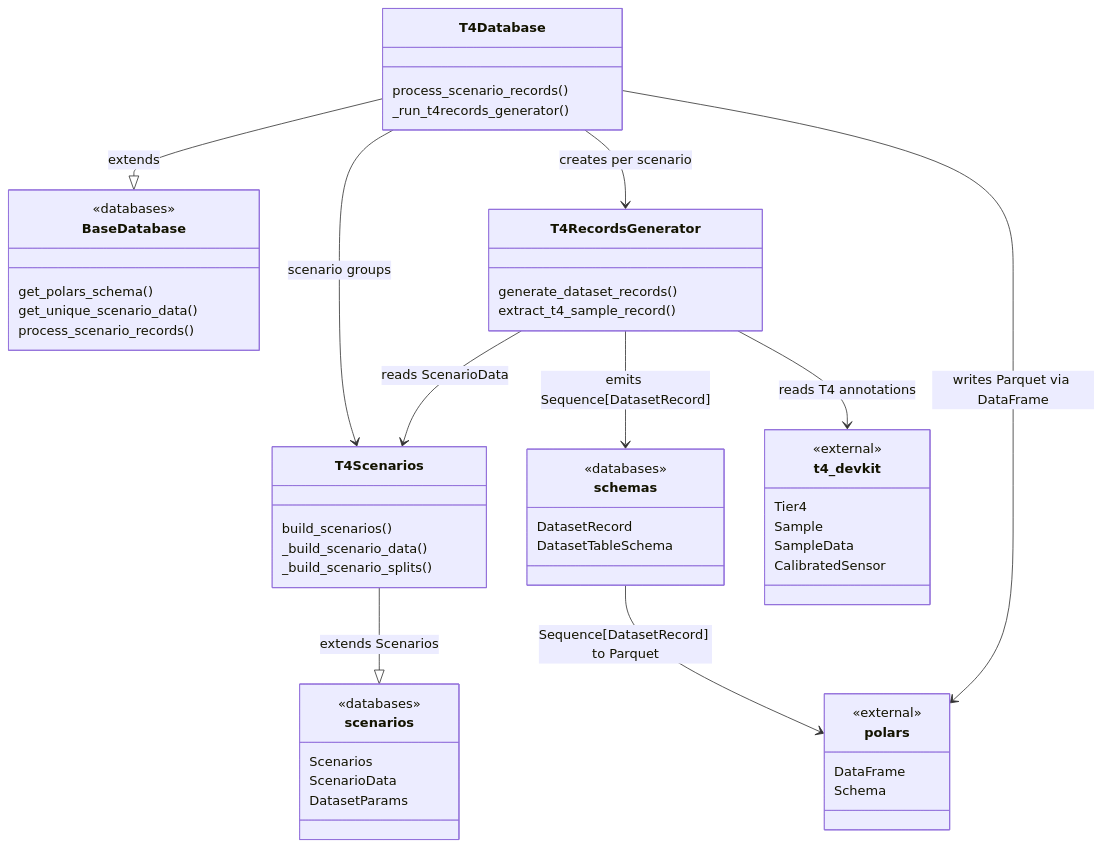
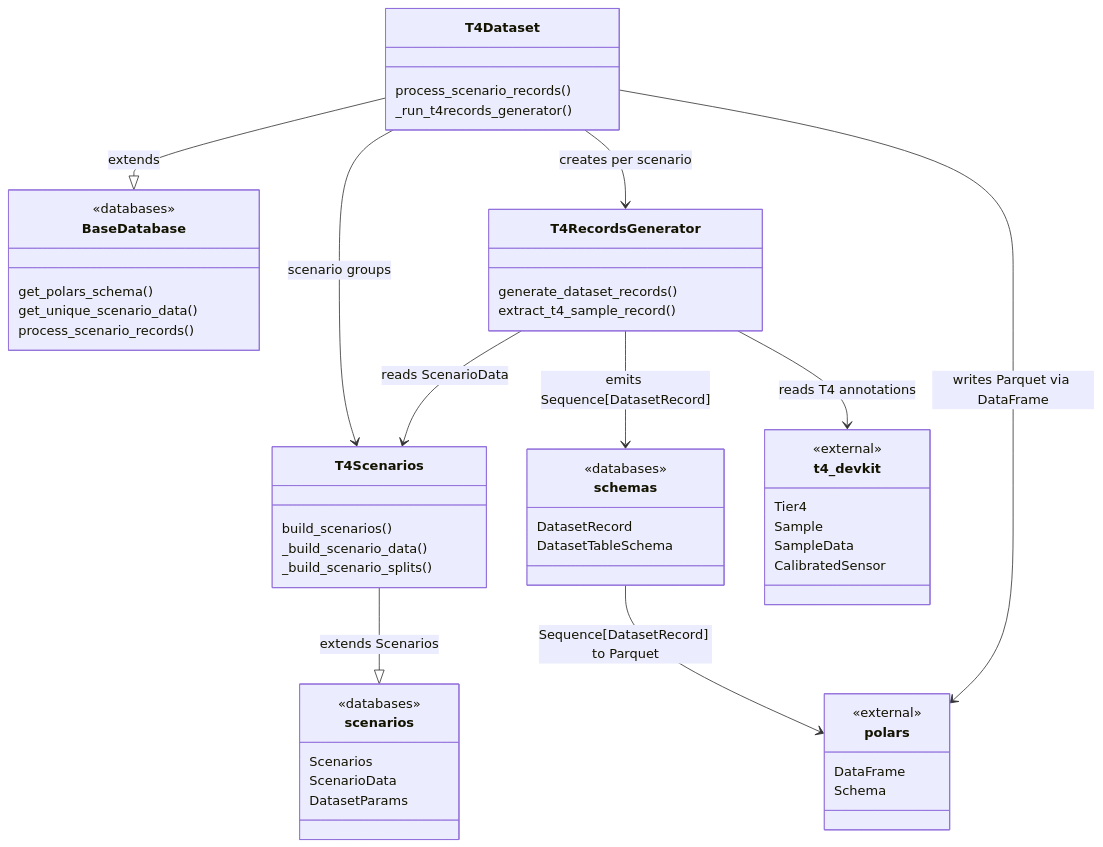
Before and after one commit to tier4/autoware-ml: the diagram in autoware_ml/databases/t4dataset/README.md, drawn with Mermaid. The commit also changed other lines of this file and 5 other files, not shown here.

Commit message:
Rename T4Database to T4Dataset

````diff
--- a/autoware_ml/databases/t4dataset/README.md
+++ b/autoware_ml/databases/t4dataset/README.md
@@ -13,67 +13,67 @@
 ```mermaid
 classDiagram
     direction TB
 
     class polars {
         <<external>>
         DataFrame
         Schema
     }
 
     class t4_devkit {
         <<external>>
         Tier4
         Sample
         SampleData
         CalibratedSensor
     }
 
     class scenarios {
         <<databases>>
         Scenarios
         ScenarioData
         DatasetParams
     }
 
     class schemas {
         <<databases>>
         DatasetRecord
         DatasetTableSchema
     }
 
     class BaseDatabase {
         <<databases>>
         get_polars_schema()
         get_unique_scenario_data()
         process_scenario_records()
     }
 
     class T4Scenarios {
         build_scenarios()
         _build_scenario_data()
         _build_scenario_splits()
     }
 
     class T4RecordsGenerator {
         generate_dataset_records()
         extract_t4_sample_record()
     }
 
-    class T4Database {
+    class T4Dataset {
         process_scenario_records()
         _run_t4records_generator()
     }
 
     T4Scenarios --|> scenarios : extends Scenarios
 
-    T4Database --|> BaseDatabase : extends
-    T4Database --> T4Scenarios : scenario groups
-    T4Database --> T4RecordsGenerator : creates per scenario
-    T4Database --> polars : writes Parquet via DataFrame
+    T4Dataset --|> BaseDatabase : extends
+    T4Dataset --> T4Scenarios : scenario groups
+    T4Dataset --> T4RecordsGenerator : creates per scenario
+    T4Dataset --> polars : writes Parquet via DataFrame
 
     T4RecordsGenerator --> T4Scenarios : reads ScenarioData
     T4RecordsGenerator --> schemas : emits Sequence[DatasetRecord]
     T4RecordsGenerator --> t4_devkit : reads T4 annotations
 
     schemas --> polars: Sequence[DatasetRecord] to Parquet
 ```
````
